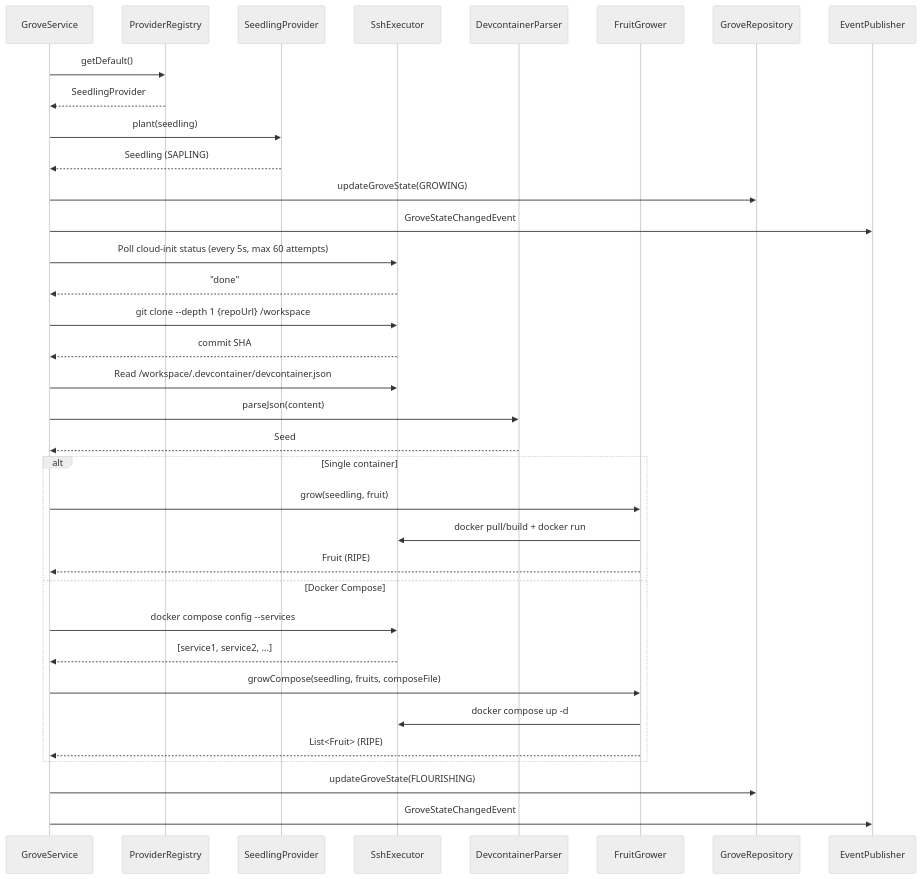
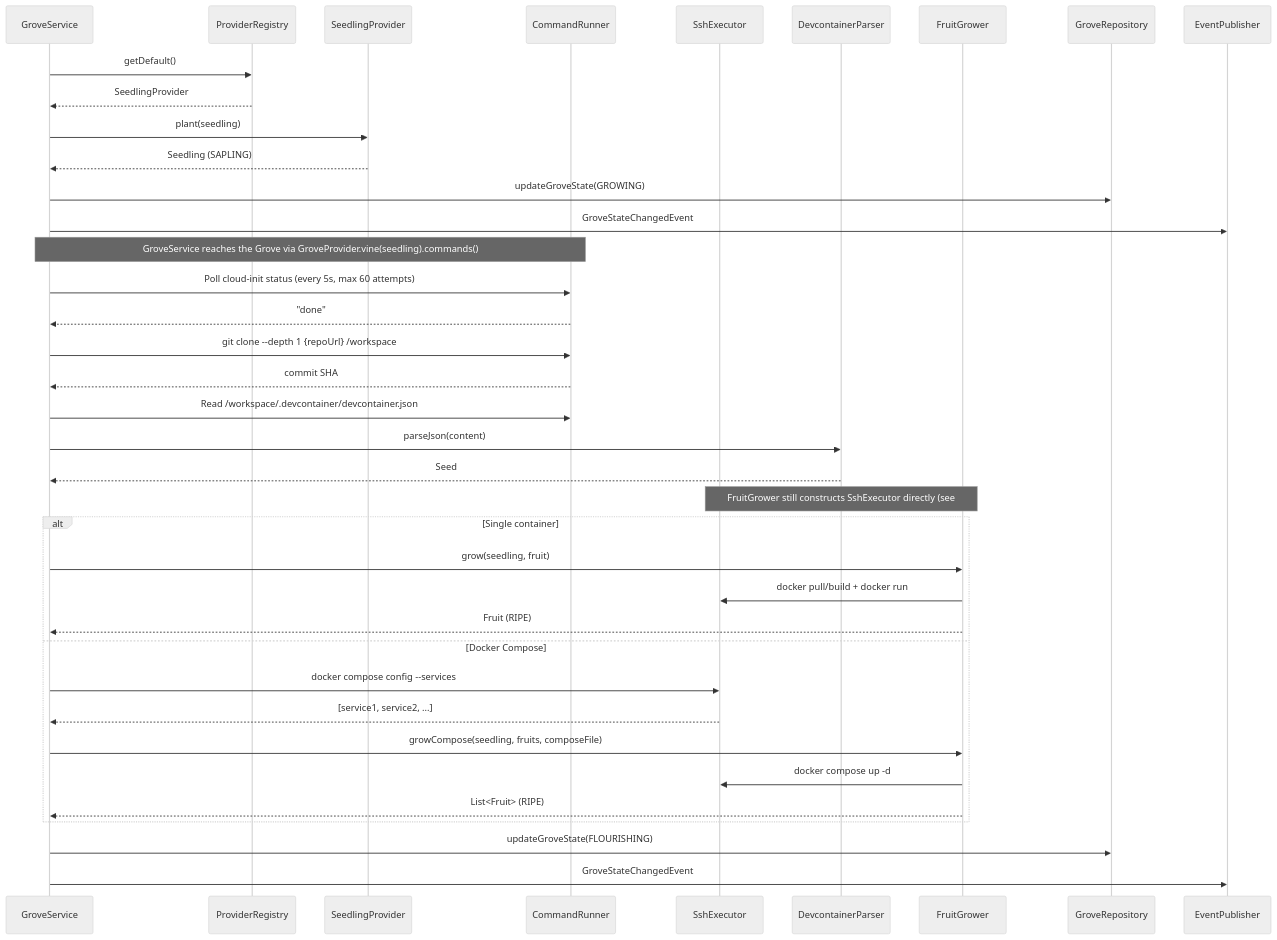
One commit to orchard-cde/orchard changed the fifth of 9 diagrams in docs/architecture/platform-architecture.md. Above: the diagram before and after it, drawn with Mermaid (neutral theme). The commit also changed other lines of this file and 3 other files, not shown here.

````diff
--- a/docs/architecture/platform-architecture.md
+++ b/docs/architecture/platform-architecture.md
@@ -253,43 +259,46 @@
 ```mermaid
 sequenceDiagram
     participant GS as GroveService
     participant PR as ProviderRegistry
     participant SP as SeedlingProvider
+    participant CR as CommandRunner
     participant SSH as SshExecutor
     participant DP as DevcontainerParser
     participant FG as FruitGrower
     participant DB as GroveRepository
     participant EP as EventPublisher
 
     GS->>PR: getDefault()
     PR-->>GS: SeedlingProvider
     GS->>SP: plant(seedling)
     SP-->>GS: Seedling (SAPLING)
     GS->>DB: updateGroveState(GROWING)
     GS->>EP: GroveStateChangedEvent
 
-    GS->>SSH: Poll cloud-init status (every 5s, max 60 attempts)
-    SSH-->>GS: "done"
+    Note over GS,CR: GroveService reaches the Grove via GroveProvider.vine(seedling).commands()
+    GS->>CR: Poll cloud-init status (every 5s, max 60 attempts)
+    CR-->>GS: "done"
 
-    GS->>SSH: git clone --depth 1 {repoUrl} /workspace
-    SSH-->>GS: commit SHA
+    GS->>CR: git clone --depth 1 {repoUrl} /workspace
+    CR-->>GS: commit SHA
 
-    GS->>SSH: Read /workspace/.devcontainer/devcontainer.json
+    GS->>CR: Read /workspace/.devcontainer/devcontainer.json
     GS->>DP: parseJson(content)
     DP-->>GS: Seed
 
+    Note over FG,SSH: FruitGrower still constructs SshExecutor directly (see #86)
     alt Single container
         GS->>FG: grow(seedling, fruit)
         FG->>SSH: docker pull/build + docker run
         FG-->>GS: Fruit (RIPE)
     else Docker Compose
         GS->>SSH: docker compose config --services
         SSH-->>GS: [service1, service2, ...]
         GS->>FG: growCompose(seedling, fruits, composeFile)
         FG->>SSH: docker compose up -d
         FG-->>GS: List<Fruit> (RIPE)
     end
 
     GS->>DB: updateGroveState(FLOURISHING)
     GS->>EP: GroveStateChangedEvent
 ```
````
